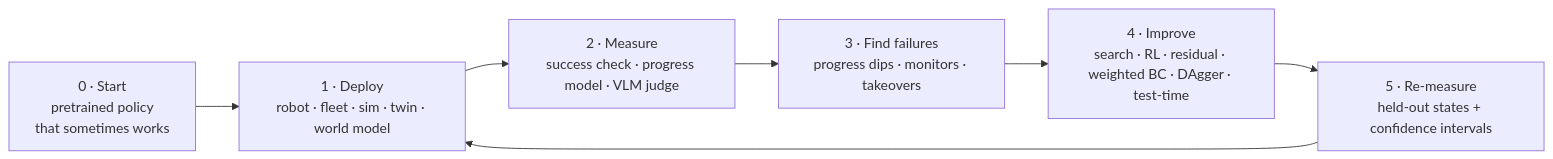
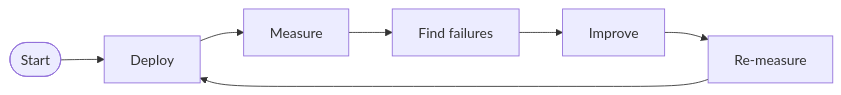
The diagram in README.md (afinitus/awesome-hill-climbing), drawn with Mermaid before and after one commit. The commit also changed other lines of this file and 1 other file, not shown here.

Commit message:
README: readable loop diagram with a step-by-step table

````diff
--- a/README.md
+++ b/README.md
@@ -170,9 +170,5 @@
 ```mermaid
 flowchart LR
-  S["0 · Start<br/>pretrained policy<br/>that sometimes works"] --> D["1 · Deploy<br/>robot · fleet · sim · twin · world model"]
-  D --> M["2 · Measure<br/>success check · progress model · VLM judge"]
-  M --> F["3 · Find failures<br/>progress dips · monitors · takeovers"]
-  F --> I["4 · Improve<br/>search · RL · residual · weighted BC · DAgger · test-time"]
-  I --> R["5 · Re-measure<br/>held-out states + confidence intervals"]
+  S([Start]) --> D[Deploy] --> M[Measure] --> F[Find failures] --> I[Improve] --> R[Re-measure]
   R --> D
 ```
````
